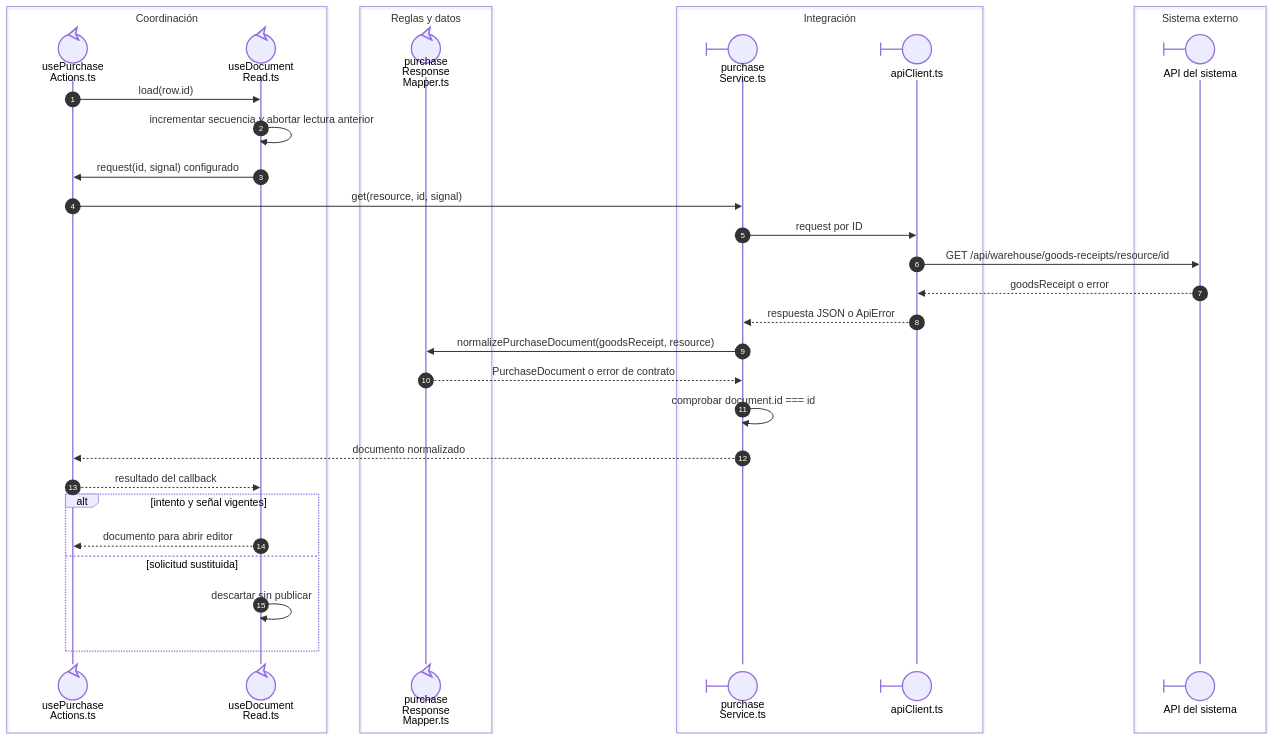
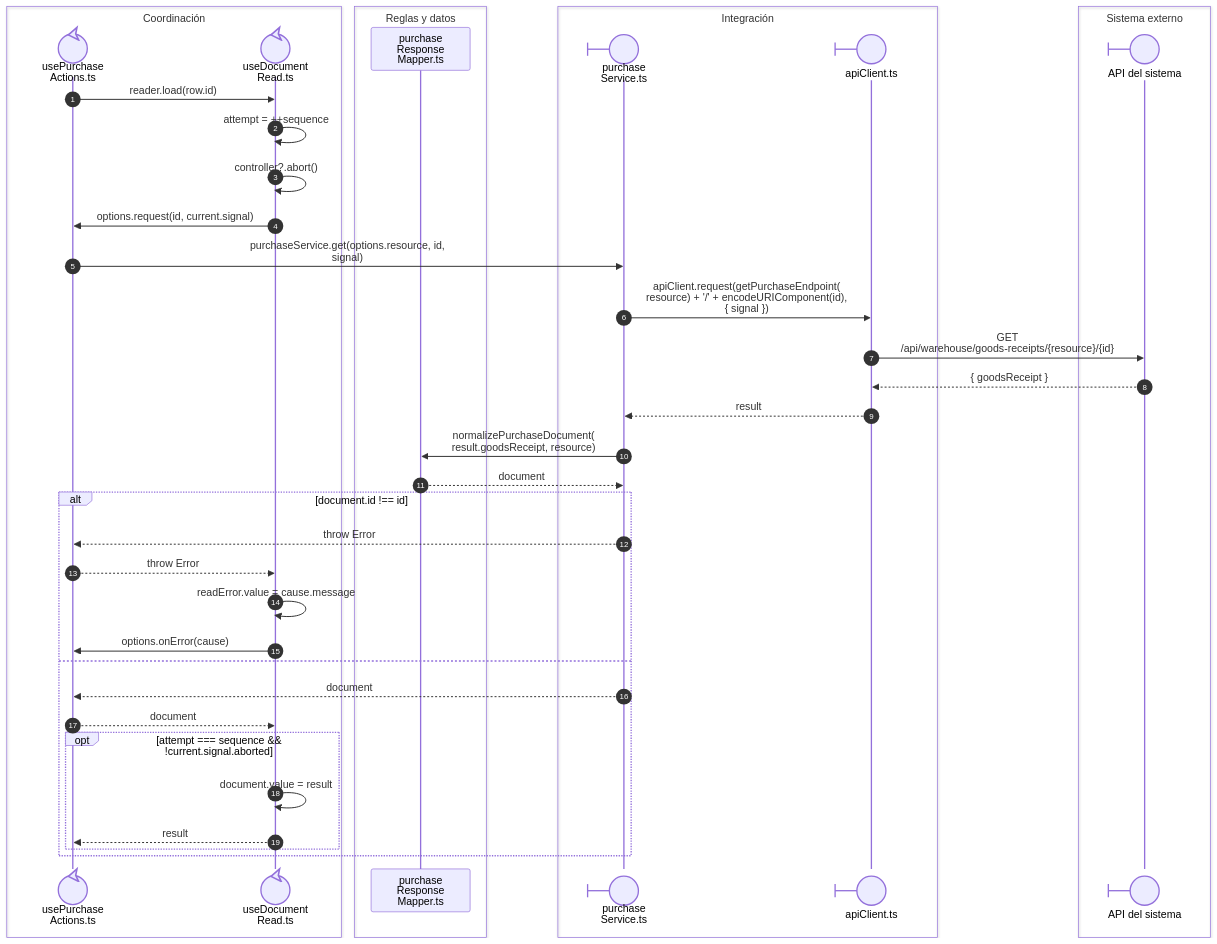
Before and after one commit to gpgsistemas01/nexus: the first of 2 diagrams in front/docs/architecture/views/processes/02-shared-runtime/05-document-read.md, drawn with Mermaid. The commit also changed other lines of this file and 43 other files, not shown here.

````diff
--- a/front/docs/architecture/views/processes/02-shared-runtime/05-document-read.md
+++ b/front/docs/architecture/views/processes/02-shared-runtime/05-document-read.md
@@ -15,36 +9,42 @@
 ```mermaid
 sequenceDiagram
     autonumber
     box Coordinación
     participant Actions@{ "type": "control" } as usePurchase<br/>Actions.ts
     participant Reader@{ "type": "control" } as useDocument<br/>Read.ts
     end
     box Reglas y datos
-    participant Mapper@{ "type": "control" } as purchase<br/>Response<br/>Mapper.ts
+    participant Mapper as purchase<br/>Response<br/>Mapper.ts
     end
     box Integración
     participant Service@{ "type": "boundary" } as purchase<br/>Service.ts
     participant HTTP@{ "type": "boundary" } as apiClient.ts
     end
     box Sistema externo
     participant API@{ "type": "boundary" } as API del sistema
     end
-    Actions->>Reader: load(row.id)
-    Reader->>Reader: incrementar secuencia y abortar lectura anterior
-    Reader->>Actions: request(id, signal) configurado
-    Actions->>Service: get(resource, id, signal)
-    Service->>HTTP: request por ID
-    HTTP->>API: GET /api/warehouse/goods-receipts/resource/id
-    API-->>HTTP: goodsReceipt o error
-    HTTP-->>Service: respuesta JSON o ApiError
-    Service->>Mapper: normalizePurchaseDocument(goodsReceipt, resource)
-    Mapper-->>Service: PurchaseDocument o error de contrato
-    Service->>Service: comprobar document.id === id
-    Service-->>Actions: documento normalizado
-    Actions-->>Reader: resultado del callback
-    alt intento y señal vigentes
-        Reader-->>Actions: documento para abrir editor
-    else solicitud sustituida
-        Reader->>Reader: descartar sin publicar
+    Actions->>Reader: nowrap: reader.load(row.id)
+    Reader->>Reader: nowrap: attempt = ++sequence
+    Reader->>Reader: nowrap: controller?.abort()
+    Reader->>Actions: nowrap: options.request(id, current.signal)
+    Actions->>Service: nowrap: purchaseService.get(options.resource, id,<br/>signal)
+    Service->>HTTP: nowrap: apiClient.request(getPurchaseEndpoint(<br/>resource) + '/' + encodeURIComponent(id),<br/>{ signal })
+    HTTP->>API: nowrap: GET<br/>/api/warehouse/goods-receipts/{resource}/{id}
+    API-->>HTTP: nowrap: { goodsReceipt }
+    HTTP-->>Service: nowrap: result
+    Service->>Mapper: nowrap: normalizePurchaseDocument(<br/>result.goodsReceipt, resource)
+    Mapper-->>Service: nowrap: document
+    alt nowrap: document.id !== id
+        Service-->>Actions: nowrap: throw Error
+        Actions-->>Reader: nowrap: throw Error
+        Reader->>Reader: nowrap: readError.value = cause.message
+        Reader->>Actions: nowrap: options.onError(cause)
+    else
+        Service-->>Actions: nowrap: document
+        Actions-->>Reader: nowrap: document
+        opt nowrap: attempt === sequence && !current.signal.aborted
+            Reader->>Reader: nowrap: document.value = result
+            Reader-->>Actions: nowrap: result
+        end
     end
 ```
````
